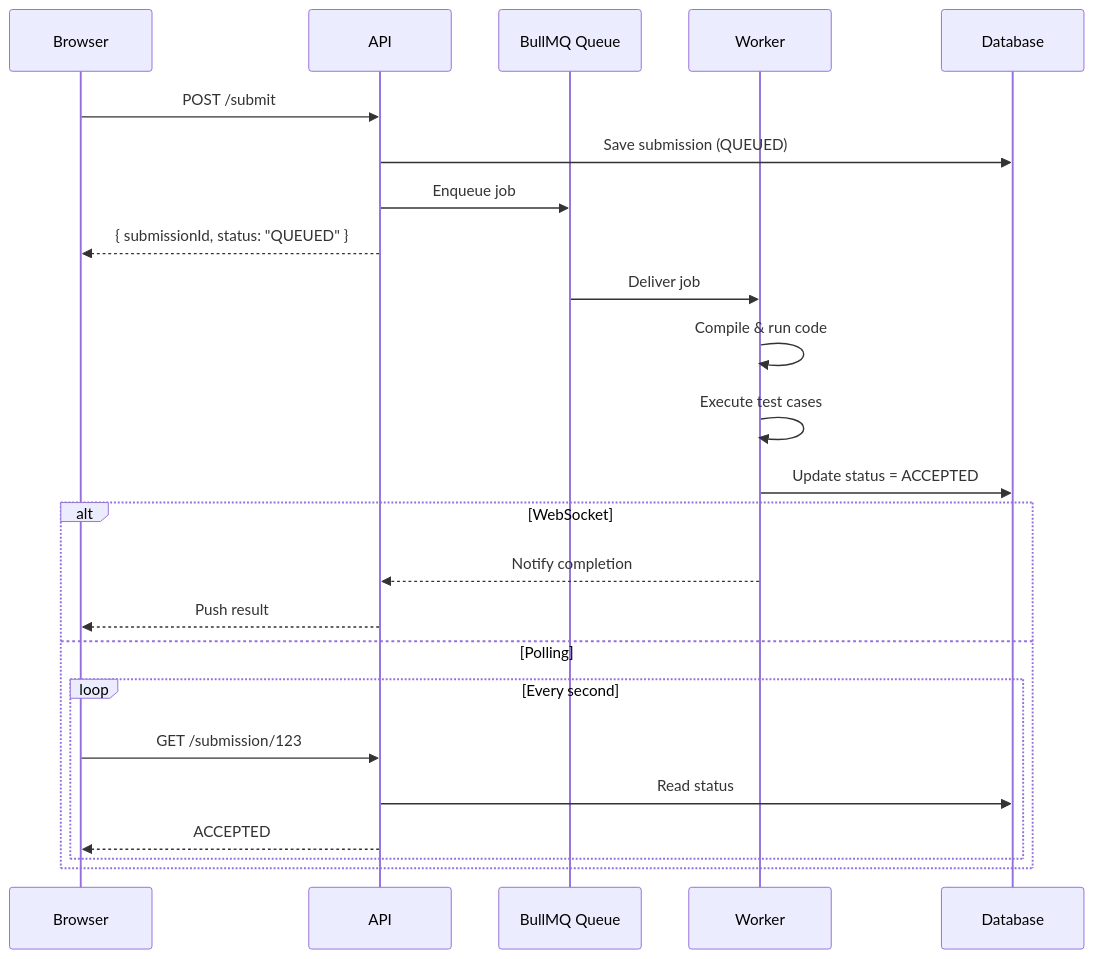
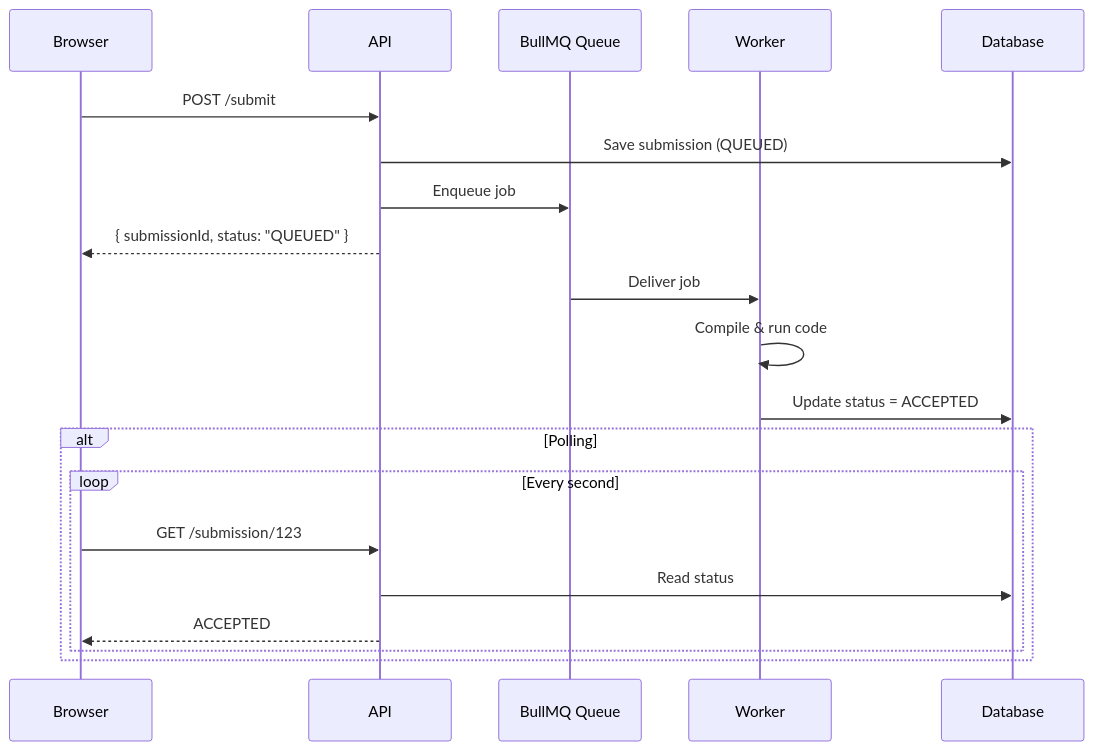
One commit to aryan-raj-05/execution-engine changed the diagram in README.md. Above: the diagram before and after it, drawn with Mermaid. The commit also changed other lines of this file, not shown here.

````diff
--- a/README.md
+++ b/README.md
@@ -21,29 +9,25 @@
 ```mermaid
 sequenceDiagram
     participant Browser
     participant API
     participant Queue as BullMQ Queue
     participant Worker
     participant DB as Database
 
     Browser->>API: POST /submit
     API->>DB: Save submission (QUEUED)
     API->>Queue: Enqueue job
     API-->>Browser: { submissionId, status: "QUEUED" }
 
     Queue->>Worker: Deliver job
     Worker->>Worker: Compile & run code
-    Worker->>Worker: Execute test cases
     Worker->>DB: Update status = ACCEPTED
 
-    alt WebSocket
-        Worker-->>API: Notify completion
-        API-->>Browser: Push result
-    else Polling
+    alt Polling
         loop Every second
             Browser->>API: GET /submission/123
             API->>DB: Read status
             API-->>Browser: ACCEPTED
         end
     end
 ```
````
